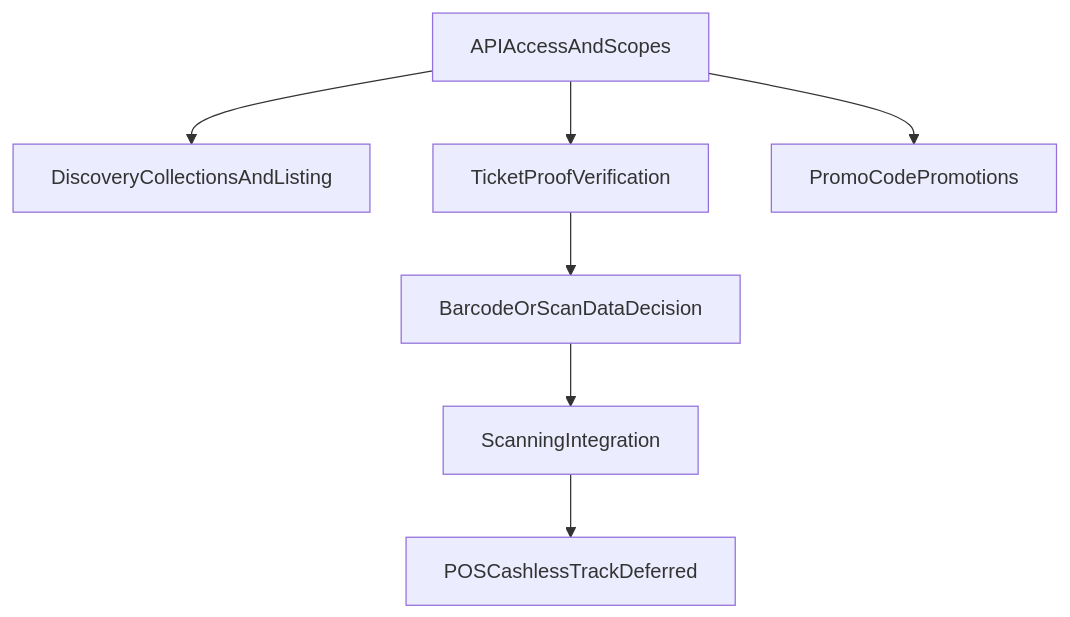
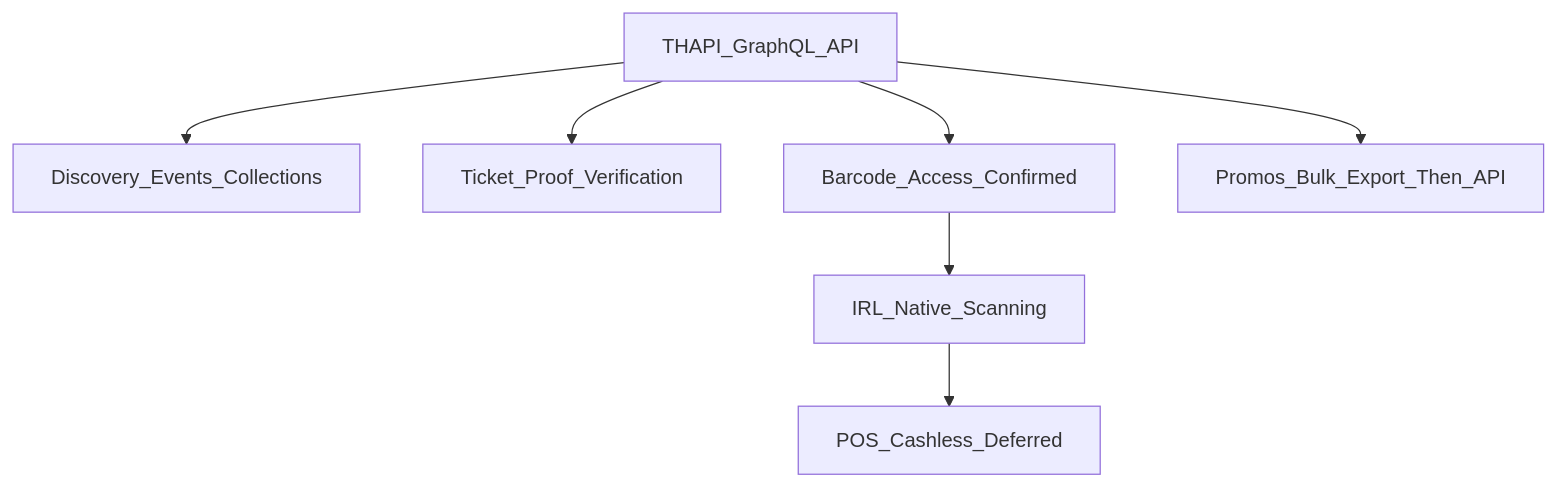
One commit to hurley87/refraction changed the diagram in plans/dice-partnership-implementation.md. Above: the diagram before and after it, drawn with Mermaid. The commit also changed other lines of this file, not shown here.

````diff
--- a/plans/dice-partnership-implementation.md
+++ b/plans/dice-partnership-implementation.md
@@ -54,9 +170,9 @@
 ```mermaid
 flowchart TD
-  apiAccess[APIAccessAndScopes] --> discovery[DiscoveryCollectionsAndListing]
-  apiAccess --> ticketProof[TicketProofVerification]
-  ticketProof --> scanningDecision[BarcodeOrScanDataDecision]
-  scanningDecision --> scanning[ScanningIntegration]
-  apiAccess --> promo[PromoCodePromotions]
-  scanning --> posCashless[POSCashlessTrackDeferred]
+  thapi[THAPI_GraphQL_API] --> discovery[Discovery_Events_Collections]
+  thapi --> ticketProof[Ticket_Proof_Verification]
+  thapi --> barcodes[Barcode_Access_Confirmed]
+  barcodes --> scanning[IRL_Native_Scanning]
+  thapi --> promos[Promos_Bulk_Export_Then_API]
+  scanning --> posCashless[POS_Cashless_Deferred]
 ```
````
